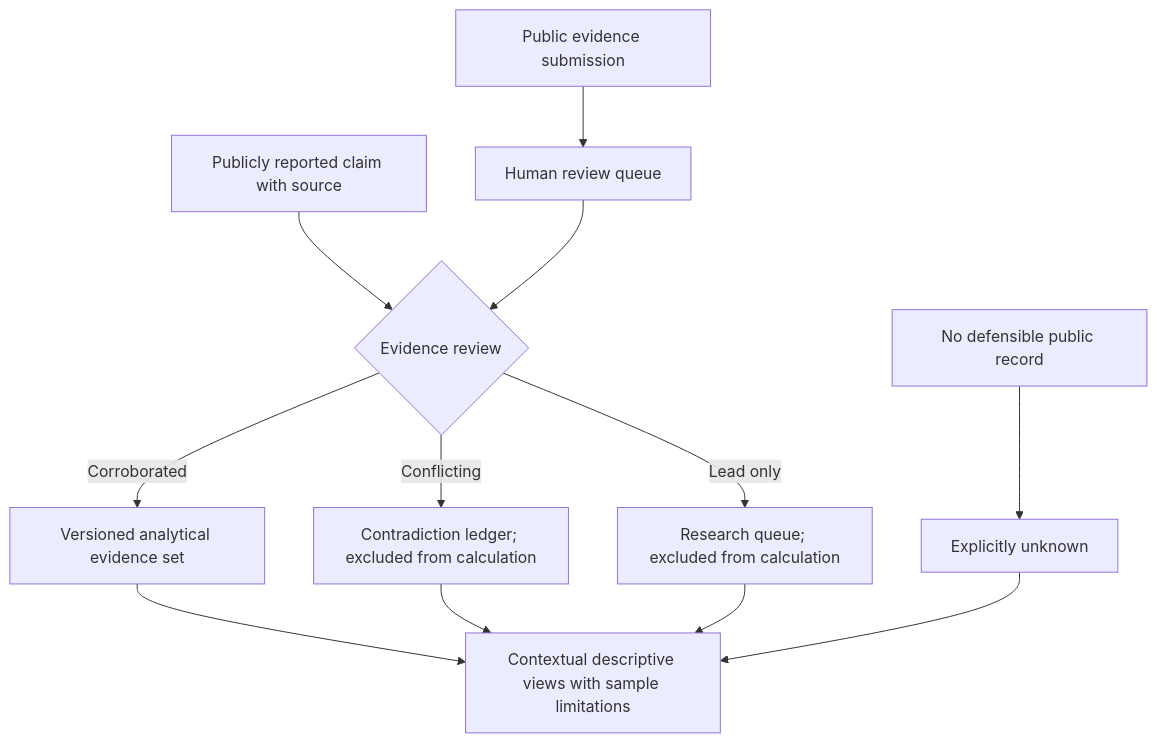
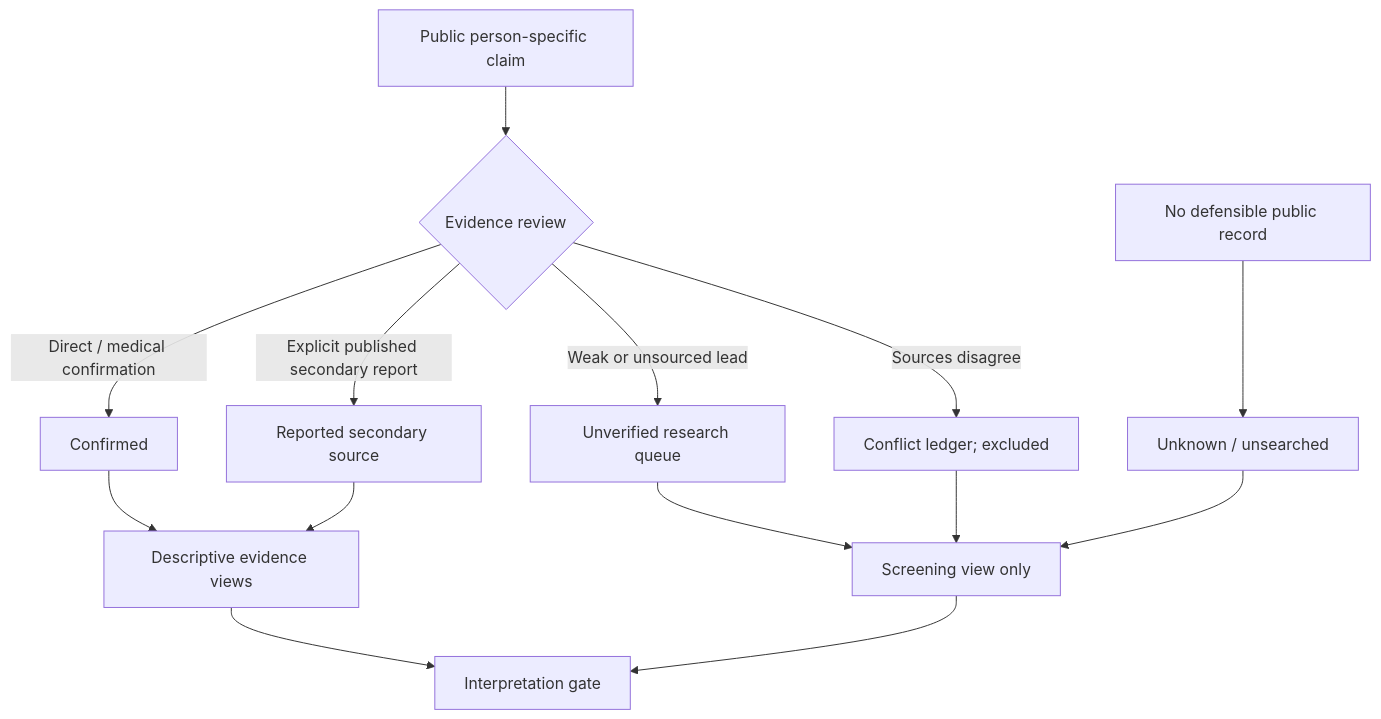
One commit to Aryakia/nobel-blood-atlas-showcase changed the diagram in docs/VISUAL_CASE_STUDY.md. Above: the diagram before and after it, drawn with Mermaid. The commit also changed other lines of this file, not shown here.

Commit message:
Align evidence-workflow documentation with public migration

````diff
--- a/docs/VISUAL_CASE_STUDY.md
+++ b/docs/VISUAL_CASE_STUDY.md
@@ -7,14 +18,16 @@
 ```mermaid
 flowchart TD
-  A[Publicly reported claim with source] --> B{Evidence review}
-  B -->|Corroborated| C[Versioned analytical evidence set]
-  B -->|Conflicting| D[Contradiction ledger; excluded from calculation]
-  B -->|Lead only| E[Research queue; excluded from calculation]
-  F[No defensible public record] --> G[Explicitly unknown]
-  C --> H[Contextual descriptive views with sample limitations]
-  D --> H
-  E --> H
-  G --> H
-  I[Public evidence submission] --> J[Human review queue]
-  J --> B
+  A[Public person-specific claim] --> B{Evidence review}
+  B -->|Direct / medical confirmation| C[Confirmed]
+  B -->|Explicit published secondary report| D[Reported secondary source]
+  B -->|Weak or unsourced lead| E[Unverified research queue]
+  B -->|Sources disagree| F[Conflict ledger; excluded]
+  G[No defensible public record] --> H[Unknown / unsearched]
+  C --> I[Descriptive evidence views]
+  D --> I
+  E --> J[Screening view only]
+  F --> J
+  H --> J
+  I --> K[Interpretation gate]
+  J --> K
 ```
````
